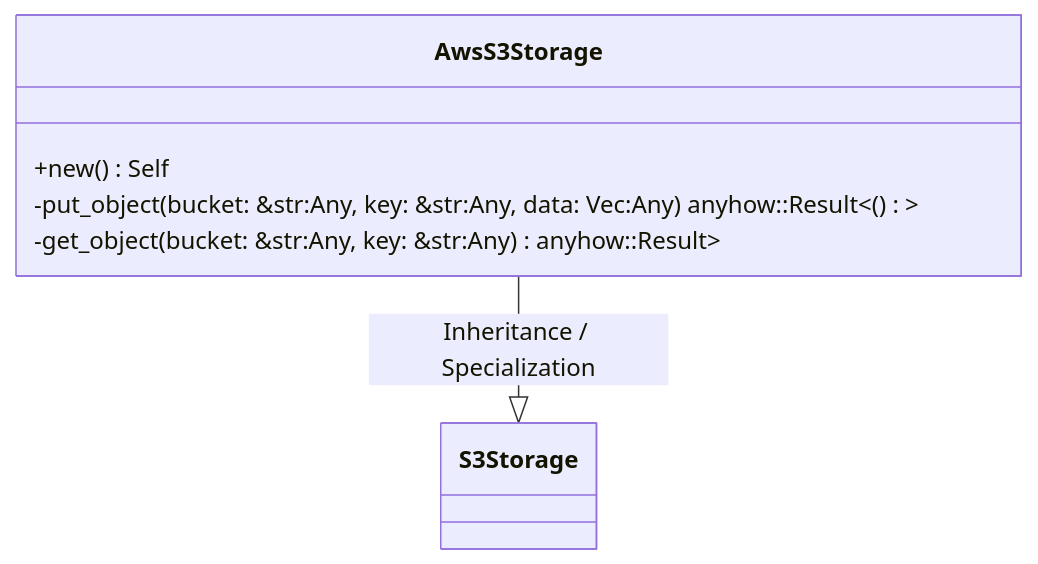
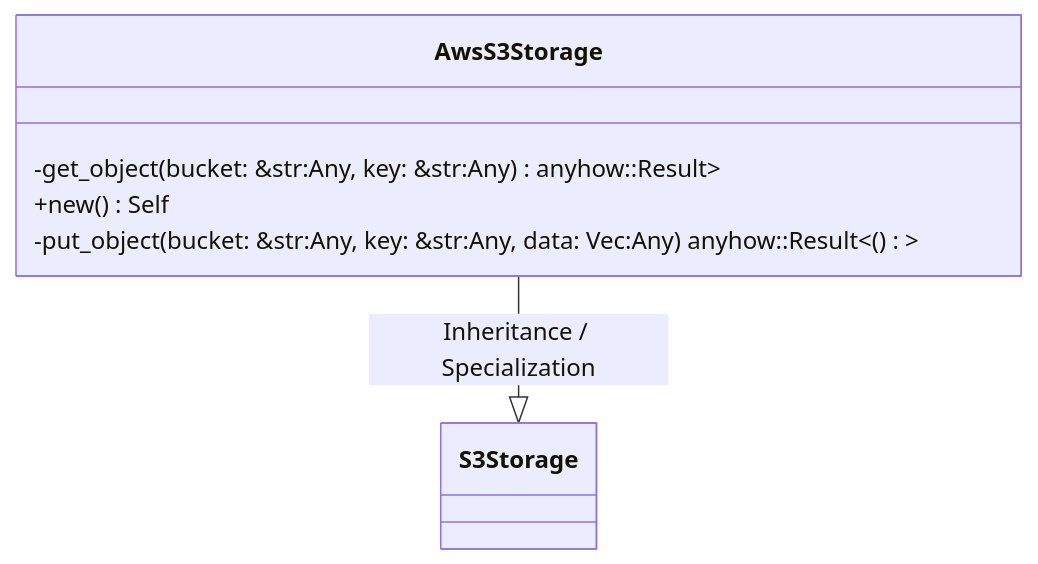
Before and after one commit to lgcorzo/rust_CACD_autonomous_factory: the first of 2 diagrams in openwiki/crates_factory-infrastructure_src_s3_rs.md, drawn with Mermaid. The commit also changed other lines of this file and 76 other files, not shown here.

````diff
--- a/openwiki/crates_factory-infrastructure_src_s3_rs.md
+++ b/openwiki/crates_factory-infrastructure_src_s3_rs.md
@@ -79,11 +79,11 @@
 ```mermaid
 classDiagram
     direction BT
     class AwsS3Storage {
+        -get_object(bucket: &str:Any, key: &str:Any) anyhow::Result<Vec<u8>>
         +new() Self
         -put_object(bucket: &str:Any, key: &str:Any, data: Vec<u8>:Any) anyhow::Result<()>
-        -get_object(bucket: &str:Any, key: &str:Any) anyhow::Result<Vec<u8>>
     }
     S3Storage <|-- AwsS3Storage : Inheritance / Specialization
 
 ```
````
